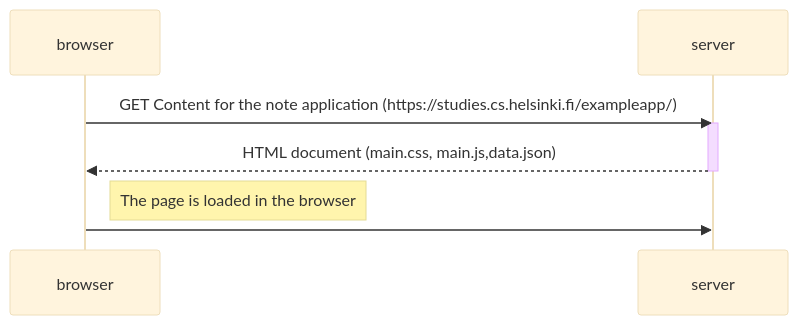
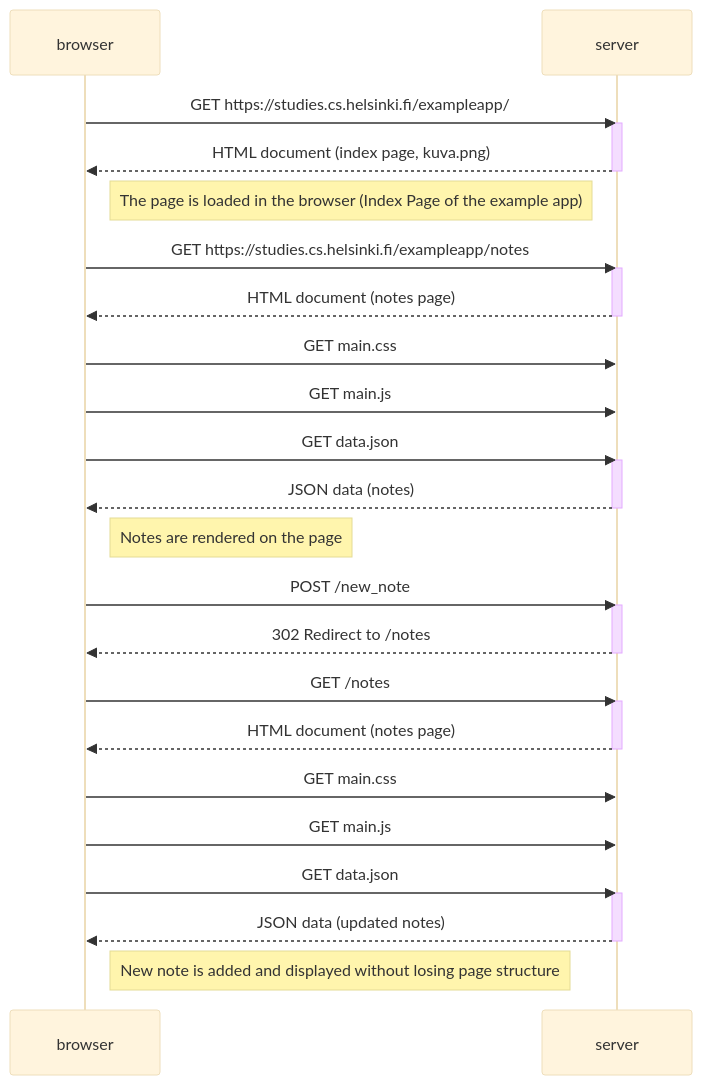
Before and after one commit to rishav-dhungel/FSO: the diagram in part0/newnote.md, drawn with Mermaid (base theme). The commit also changed 2 other files, not shown here.

Commit message:
feat(part 0): Sequence Diagram Exercises Completed

````diff
--- a/part0/newnote.md
+++ b/part0/newnote.md
@@ -2,14 +2,43 @@
 ```mermaid
 sequenceDiagram
     participant browser
     participant server
 
-    browser->>server: GET Content for the note application (https://studies.cs.helsinki.fi/exampleapp/)
+    browser->>server: GET https://studies.cs.helsinki.fi/exampleapp/
     activate server
-    server-->>browser: HTML document (main.css, main.js,data.json)
+    server-->>browser: HTML document (index page, kuva.png)
     deactivate server
-    Note right of browser: The page is loaded in the browser
+    Note right of browser: The page is loaded in the browser (Index Page of the example app)
 
-    browser->>server:
+    browser->>server: GET https://studies.cs.helsinki.fi/exampleapp/notes
+    activate server
+    server-->>browser: HTML document (notes page)
+    deactivate server
+
+    browser->>server: GET main.css
+    browser->>server: GET main.js
+    browser->>server: GET data.json
+    activate server
+    server-->>browser: JSON data (notes)
+    deactivate server
+    Note right of browser: Notes are rendered on the page
+
+    browser->>server: POST /new_note
+    activate server
+    server-->>browser: 302 Redirect to /notes
+    deactivate server
+
+    browser->>server: GET /notes
+    activate server
+    server-->>browser: HTML document (notes page)
+    deactivate server
+
+    browser->>server: GET main.css
+    browser->>server: GET main.js
+    browser->>server: GET data.json
+    activate server
+    server-->>browser: JSON data (updated notes)
+    deactivate server
+    Note right of browser: New note is added and displayed without losing page structure
 
 ```
````
